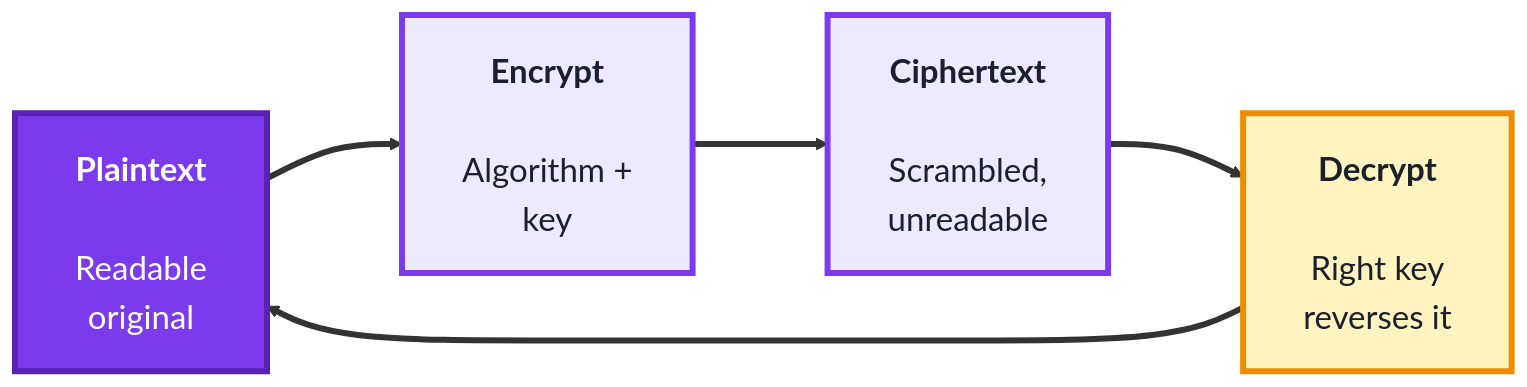
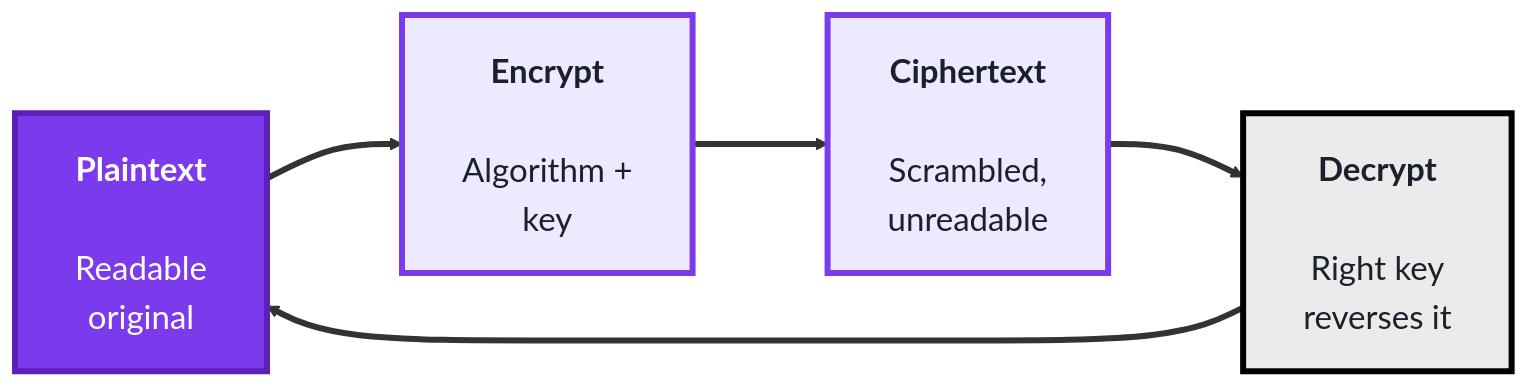
Before and after one commit to SHEMODELTECH/shemodeltech: the first of 3 diagrams in src/Pages/courses/TechGuard/module-4-cryptography.md, drawn with Mermaid. The commit also changed other lines of this file and 46 other files, not shown here.

````diff
--- a/src/Pages/courses/TechGuard/module-4-cryptography.md
+++ b/src/Pages/courses/TechGuard/module-4-cryptography.md
@@ -20,16 +20,16 @@
 ```mermaid
 %%{init: {'theme':'base', 'themeVariables': {'fontSize':'22px', 'primaryTextColor':'#1a202c', 'primaryBorderColor':'#5b21b6', 'lineColor':'#333333'}, 'flowchart': {'nodeSpacing': 70, 'rankSpacing': 90, 'padding': 20}}}%%
 flowchart LR
     PT["<b>Plaintext</b><br/><br/>Readable<br/>original"]
     ENC["<b>Encrypt</b><br/><br/>Algorithm +<br/>key"]
     CT["<b>Ciphertext</b><br/><br/>Scrambled,<br/>unreadable"]
     DEC["<b>Decrypt</b><br/><br/>Right key<br/>reverses it"]
 
     PT ==> ENC ==> CT ==> DEC ==> PT
 
     style PT fill:#7c3aed,color:#fff,stroke:#5b21b6,stroke-width:4px
     style ENC fill:#ede9fe,color:#1a202c,stroke:#7c3aed,stroke-width:4px
     style CT fill:#ede9fe,color:#1a202c,stroke:#7c3aed,stroke-width:4px
-    style DEC fill:#fff3bf,color:#1a202c,stroke:#f08c00,stroke-width:4px
+    style DEC fill:#EBEBEB,color:#1a202c,stroke:#000000,stroke-width:4px
     linkStyle default stroke-width:4px,stroke:#333333
 ```
````
